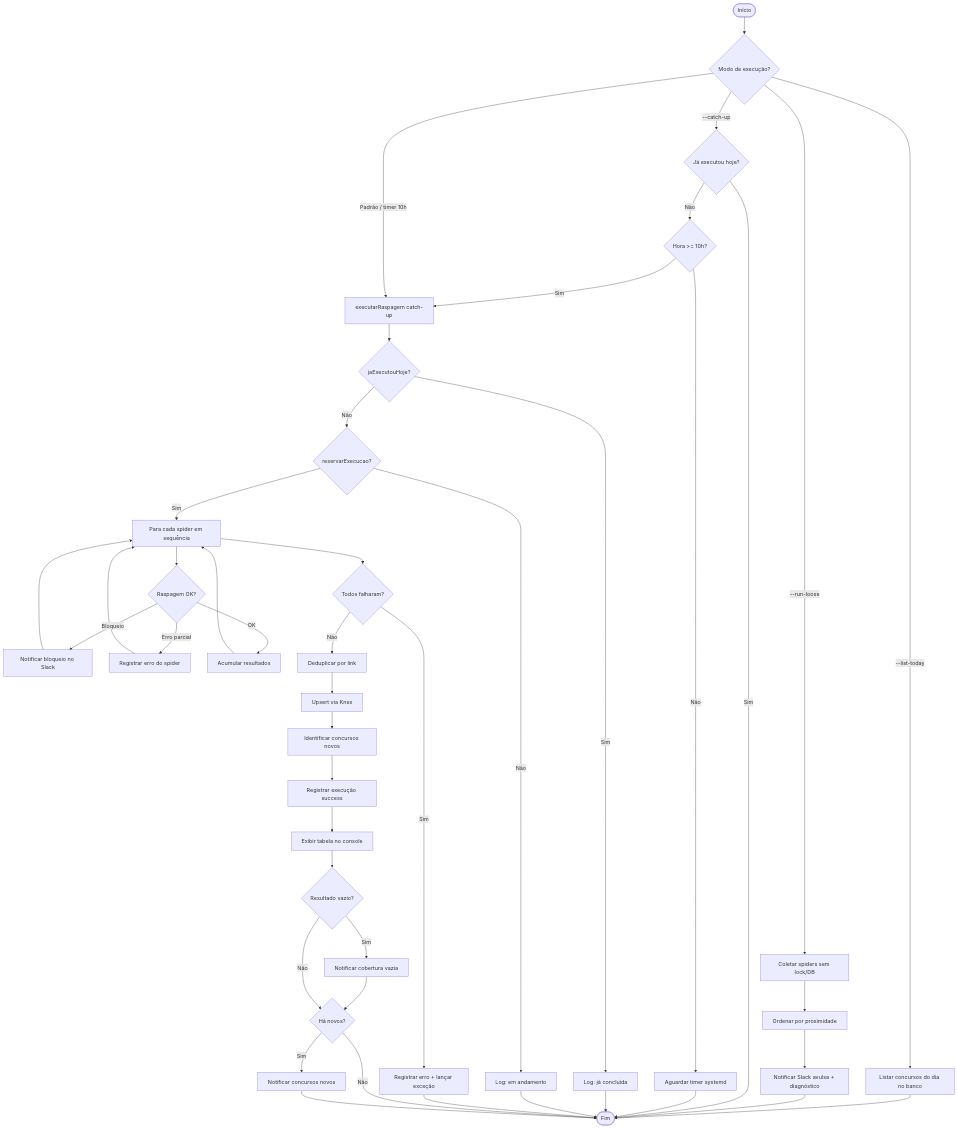
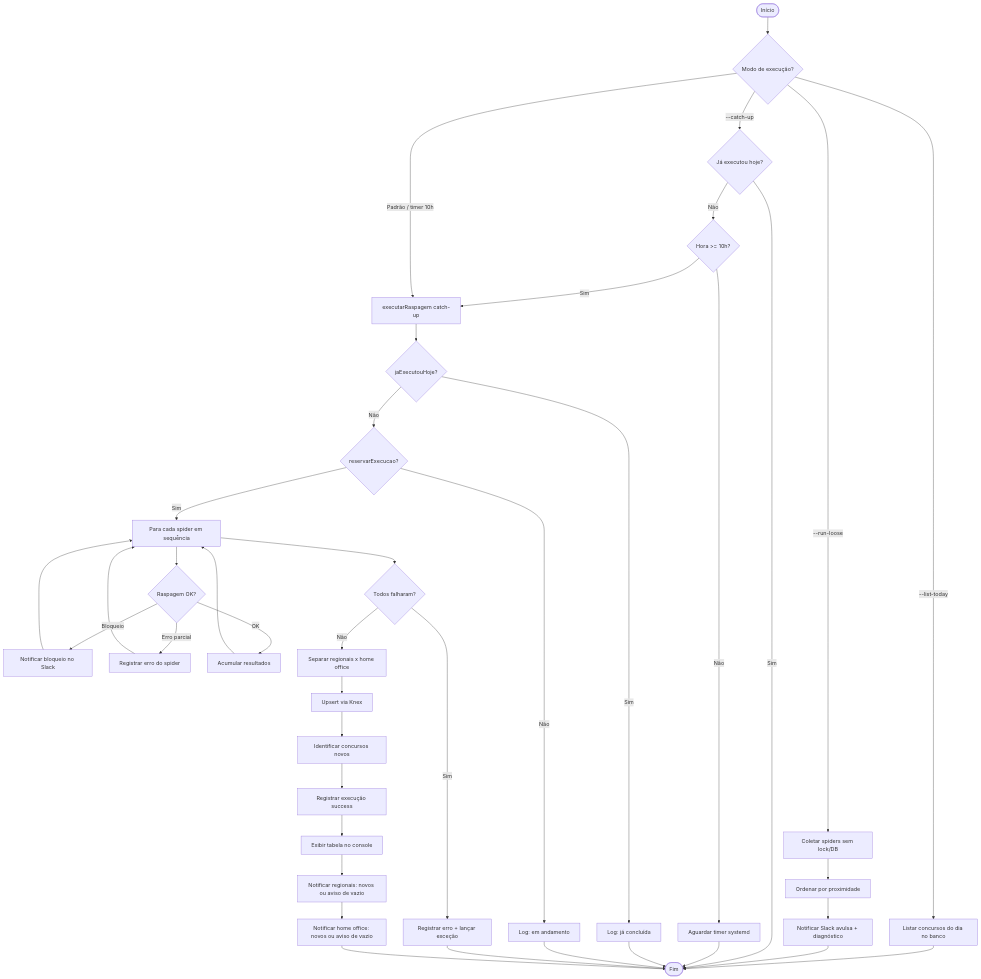
The first of 2 diagrams in README.md (jonatasbueno/web-crawler-para-buscar-concursos), drawn with Mermaid before and after one commit. The commit also changed other lines of this file and 14 other files, not shown here.

First line of the commit message:
Enhance crawler functionality to support home office job listings

````diff
--- a/README.md
+++ b/README.md
@@ -116,55 +117,51 @@
 ```mermaid
 flowchart TD
     A([Início]) --> B{Modo de execução?}
 
     B -->|--list-today| C[Listar concursos do dia no banco]
     C --> Z([Fim])
 
     B -->|--run-loose| RL[Coletar spiders sem lock/DB]
     RL --> RLO[Ordenar por proximidade]
     RLO --> RLN[Notificar Slack avulsa + diagnóstico]
     RLN --> Z
 
     B -->|--catch-up| D{Já executou hoje?}
     D -->|Sim| Z
     D -->|Não| E{Hora >= 10h?}
     E -->|Não| F[Aguardar timer systemd]
     F --> Z
     E -->|Sim| G[executarRaspagem catch-up]
 
     B -->|Padrão / timer 10h| G
 
     G --> H{jaExecutouHoje?}
     H -->|Sim| I[Log: já concluída]
     I --> Z
 
     H -->|Não| J{reservarExecucao?}
     J -->|Não| K[Log: em andamento]
     K --> Z
 
     J -->|Sim| L[Para cada spider em sequência]
     L --> M{Raspagem OK?}
     M -->|Bloqueio| NB[Notificar bloqueio no Slack]
     NB --> L
     M -->|Erro parcial| N[Registrar erro do spider]
     N --> L
     M -->|OK| O[Acumular resultados]
     O --> L
 
     L --> P{Todos falharam?}
     P -->|Sim| Q[Registrar erro + lançar exceção]
     Q --> Z
 
-    P -->|Não| R[Deduplicar por link]
+    P -->|Não| R[Separar regionais x home office]
     R --> S[Upsert via Knex]
     S --> T[Identificar concursos novos]
     T --> U[Registrar execução success]
     U --> V[Exibir tabela no console]
-    V --> CV{Resultado vazio?}
-    CV -->|Sim| CVN[Notificar cobertura vazia]
-    CVN --> W{Há novos?}
-    CV -->|Não| W
-    W -->|Sim| X[Notificar concursos novos]
-    W -->|Não| Z
-    X --> Z
+    V --> W[Notificar regionais: novos ou aviso de vazio]
+    W --> HO[Notificar home office: novos ou aviso de vazio]
+    HO --> Z
 ```
````
